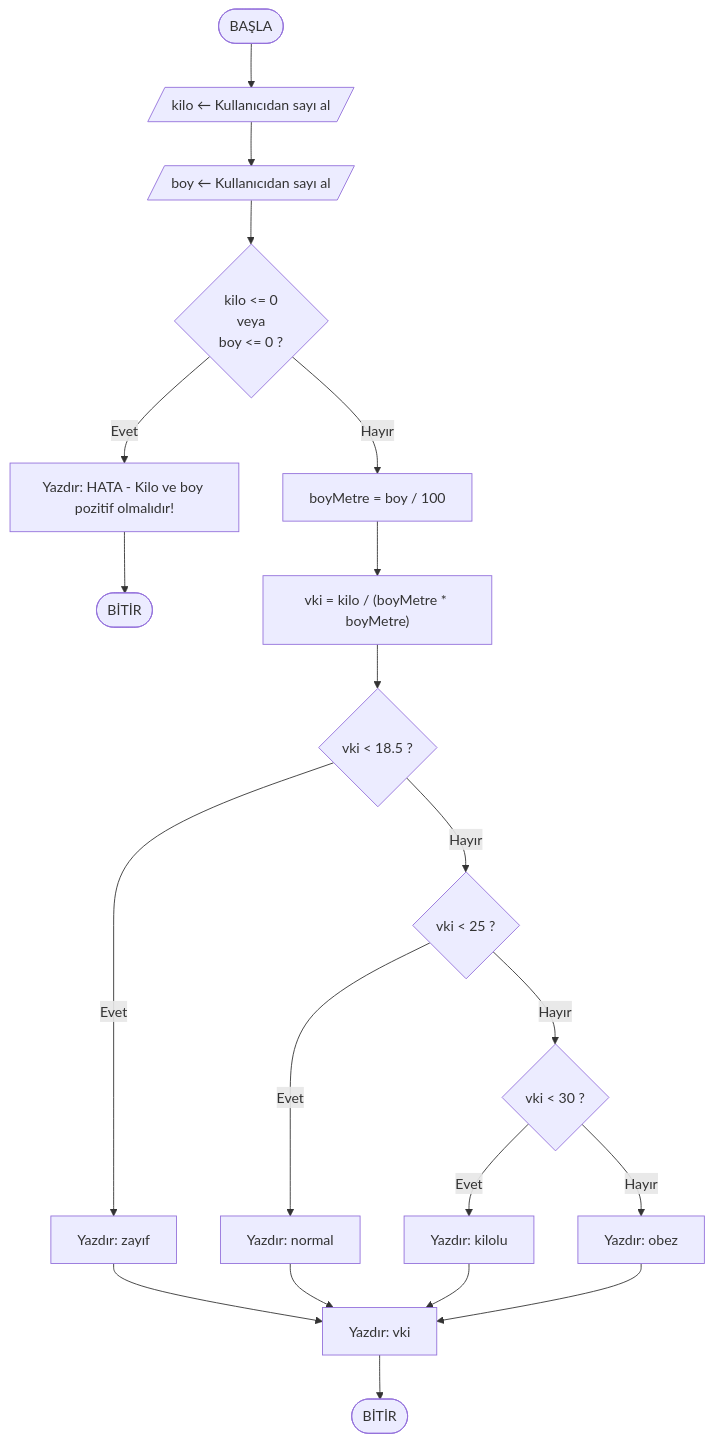
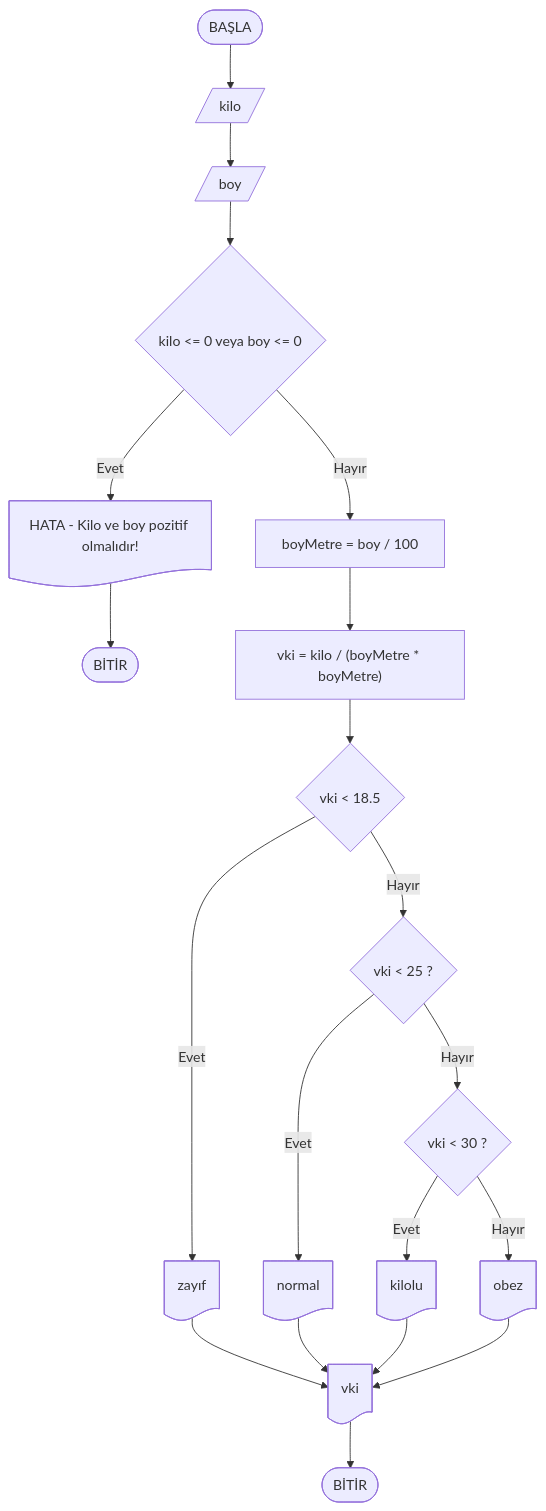
One commit to ibrahimayaz/Algoritma-ve-Programlamaya-Giris-2025 changed the eighth of 10 diagrams in Hafta02/ders_icerik.md. Above: the diagram before and after it, drawn with Mermaid.

Commit message:
Hafta02 guncellendi

````diff
--- a/Hafta02/ders_icerik.md
+++ b/Hafta02/ders_icerik.md
@@ -709,24 +709,24 @@
 ```mermaid
 flowchart TD
-  A([BAŞLA]) --> B[/kilo ← Kullanıcıdan sayı al/]
-  B --> C[/boy ← Kullanıcıdan sayı al/]
-  C --> D{"kilo <= 0\nveya\nboy <= 0 ?"}
-  D -- Evet --> E["Yazdır: HATA - Kilo ve boy pozitif olmalıdır!"]
+  A([BAŞLA]) --> B[/kilo/]
+  B --> C[/boy/]
+  C --> D{"kilo <= 0 veya boy <= 0 "}
+  D -- Evet --> E@{ shape: doc, label: "HATA - Kilo ve boy pozitif olmalıdır!" }
   E --> F([BİTİR])
   D -- Hayır --> G["boyMetre = boy / 100"]
   G --> H["vki = kilo / (boyMetre * boyMetre)"]
 
-  H --> I{"vki < 18.5 ?"}
-  I -- Evet --> I1["Yazdır: zayıf"]
+  H --> I{"vki < 18.5 "}
+  I -- Evet --> I1@{ shape: doc, label: "zayıf" }
   I -- Hayır --> J{"vki < 25 ?"}
-  J -- Evet --> J1["Yazdır: normal"]
+  J -- Evet --> J1@{ shape: doc, label: "normal" }
   J -- Hayır --> K{"vki < 30 ?"}
-  K -- Evet --> K1["Yazdır: kilolu"]
-  K -- Hayır --> L["Yazdır: obez"]
+  K -- Evet --> K1@{ shape: doc, label: "kilolu" }
+  K -- Hayır --> L@{ shape: doc, label: "obez" }
 
-  I1 --> Z["Yazdır: vki"]
+  I1 --> Z@{ shape: doc, label: "vki" }
   J1 --> Z
   K1 --> Z
   L --> Z
   Z --> M([BİTİR])
 ```
````
